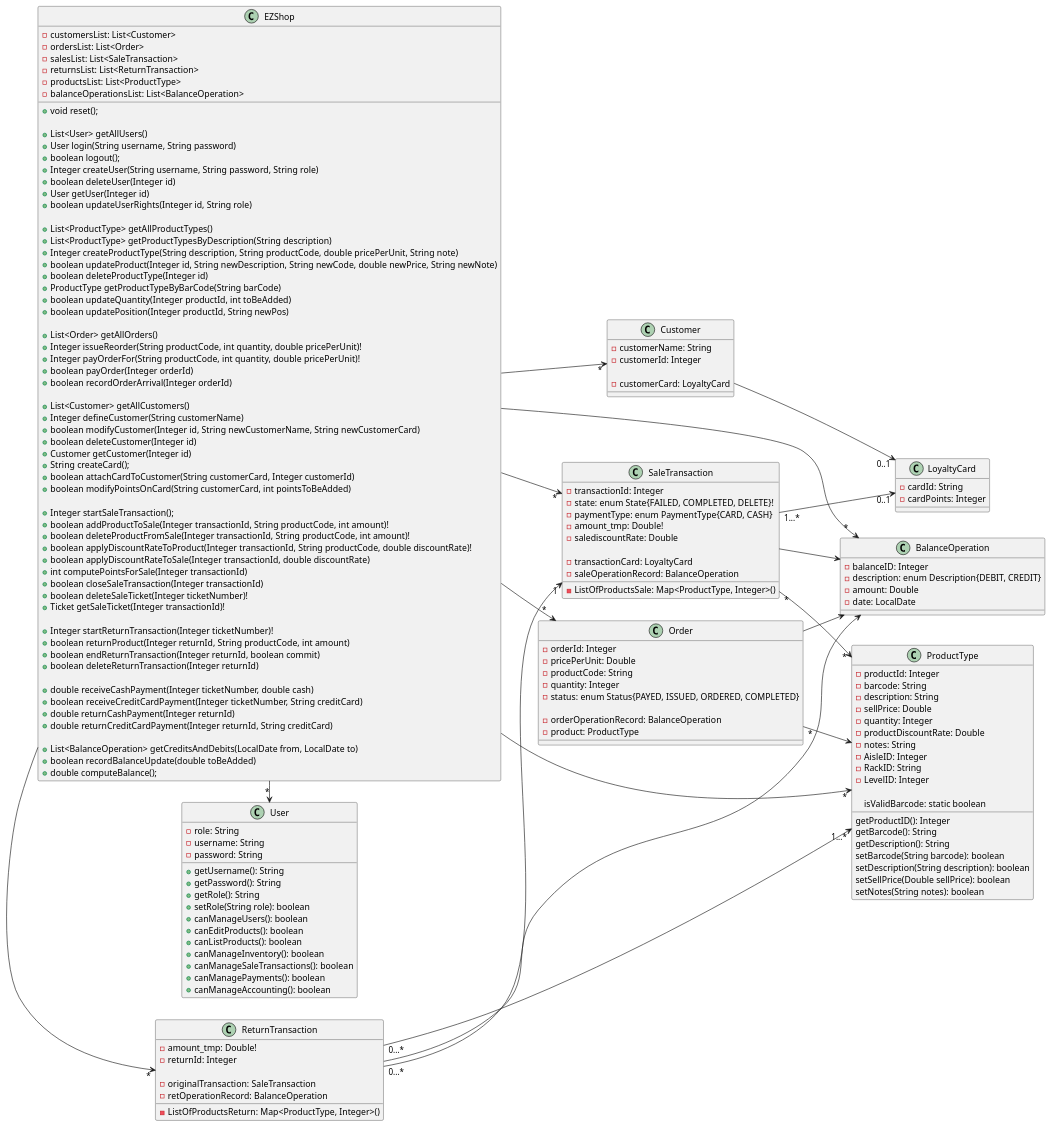
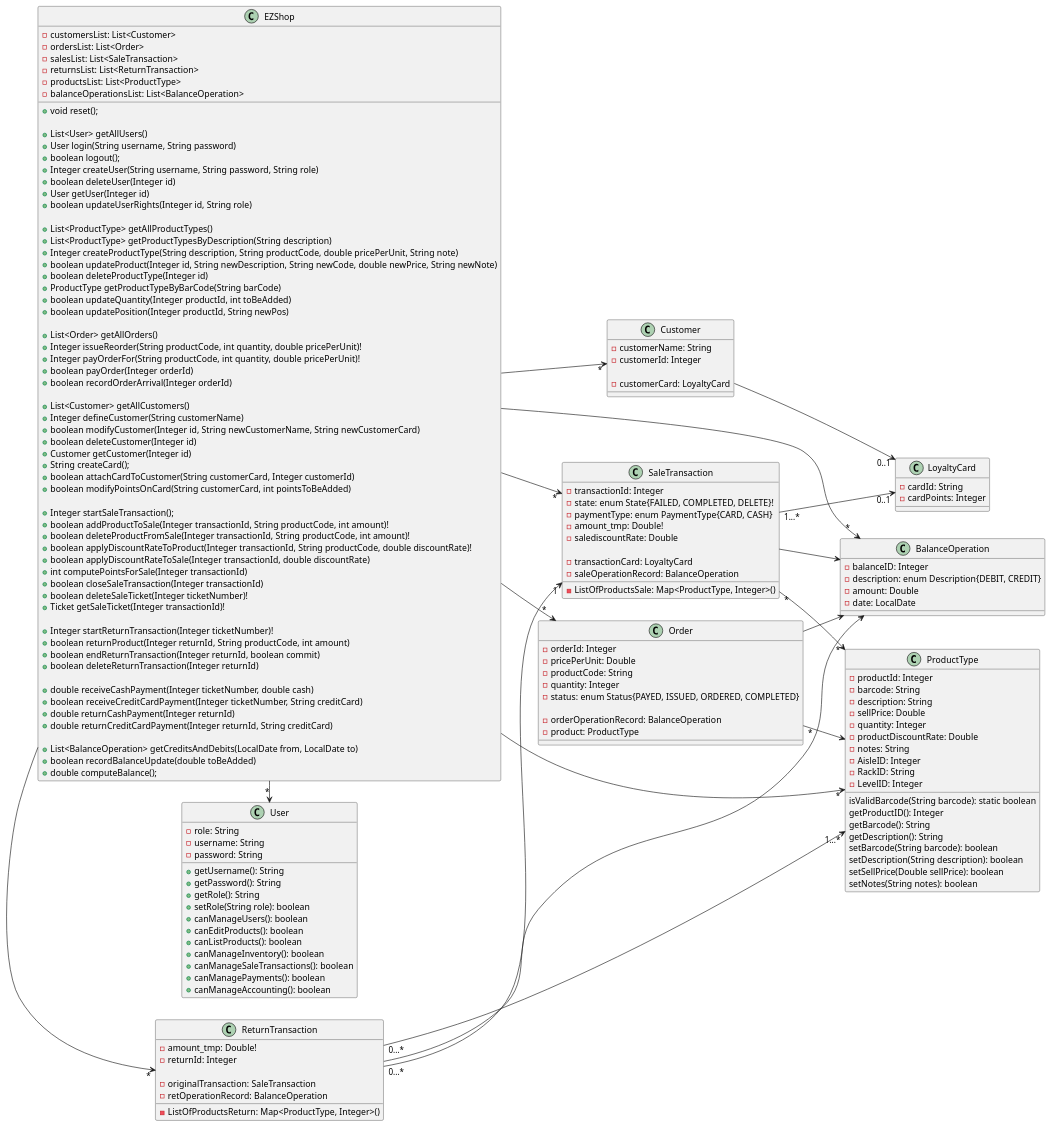
Before and after one commit to gioele-scaletta/EZShop-Software-Engineering-Project: the diagram in Deliverables/DesignDocument.md, drawn with PlantUML.

```diff
--- a/Deliverables/DesignDocument.md
+++ b/Deliverables/DesignDocument.md
@@ -142,7 +142,7 @@
     -RackID: String
     -LevelID: Integer
 
-    isValidBarcode: static boolean
+    isValidBarcode(String barcode): static boolean
     getProductID(): Integer
     getBarcode(): String
     getDescription(): String
```
